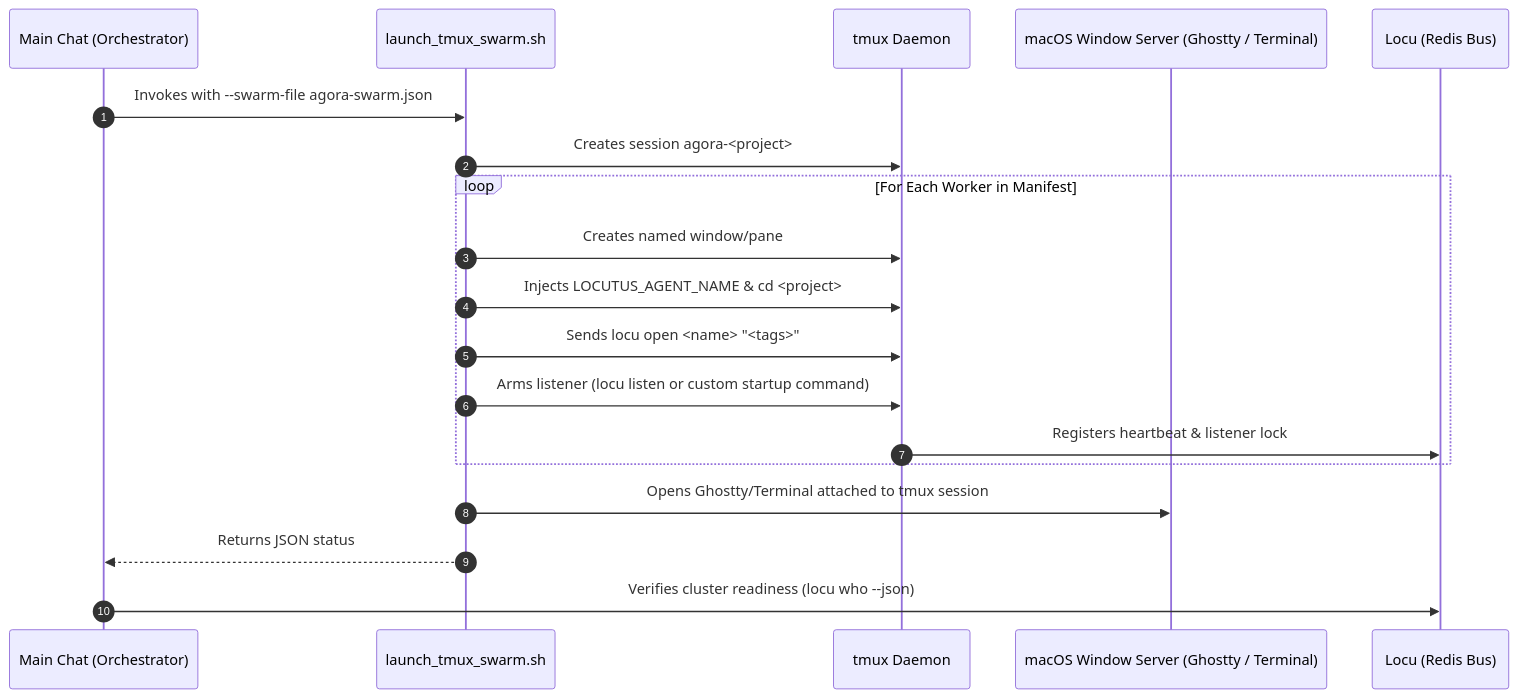
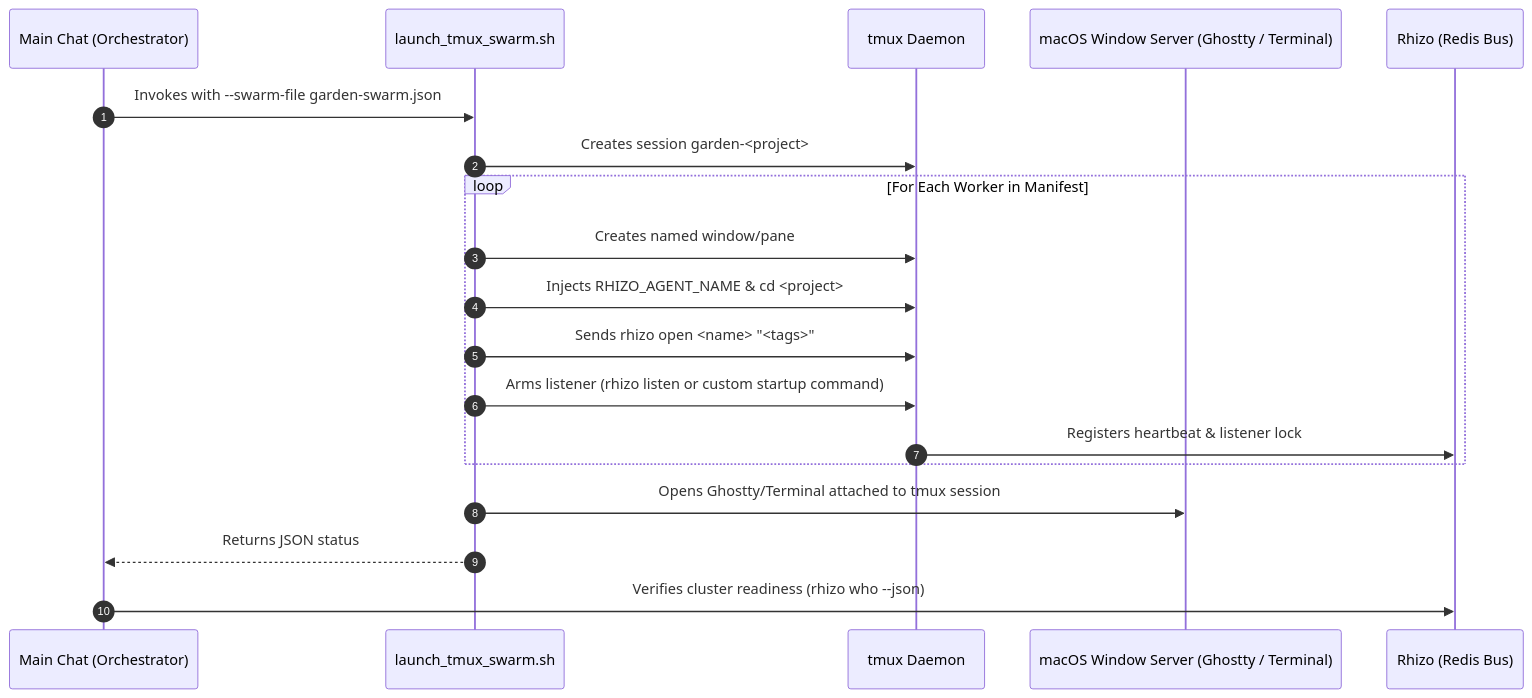
The diagram in skills/launch-workers/SKILL.md (axiomantic/garden), drawn with Mermaid before and after one commit. The commit also changed other lines of this file and 12 other files, not shown here.

Commit message:
feat(garden): rename project from agora to garden, integrate rhizo and vine

````diff
--- a/skills/launch-workers/SKILL.md
+++ b/skills/launch-workers/SKILL.md
@@ -32,22 +32,22 @@
 ```mermaid
 sequenceDiagram
     autonumber
     participant Orch as Main Chat (Orchestrator)
     participant Script as launch_tmux_swarm.sh
     participant Tmux as tmux Daemon
     participant OS as macOS Window Server (Ghostty / Terminal)
-    participant Redis as Locu (Redis Bus)
+    participant Redis as Rhizo (Redis Bus)
 
-    Orch->>Script: Invokes with --swarm-file agora-swarm.json
-    Script->>Tmux: Creates session agora-<project>
+    Orch->>Script: Invokes with --swarm-file garden-swarm.json
+    Script->>Tmux: Creates session garden-<project>
     loop For Each Worker in Manifest
         Script->>Tmux: Creates named window/pane
-        Script->>Tmux: Injects LOCUTUS_AGENT_NAME & cd <project>
-        Script->>Tmux: Sends locu open <name> "<tags>"
-        Script->>Tmux: Arms listener (locu listen or custom startup command)
+        Script->>Tmux: Injects RHIZO_AGENT_NAME & cd <project>
+        Script->>Tmux: Sends rhizo open <name> "<tags>"
+        Script->>Tmux: Arms listener (rhizo listen or custom startup command)
         Tmux->>Redis: Registers heartbeat & listener lock
     end
     Script->>OS: Opens Ghostty/Terminal attached to tmux session
     Script-->>Orch: Returns JSON status
-    Orch->>Redis: Verifies cluster readiness (locu who --json)
+    Orch->>Redis: Verifies cluster readiness (rhizo who --json)
 ```
````
